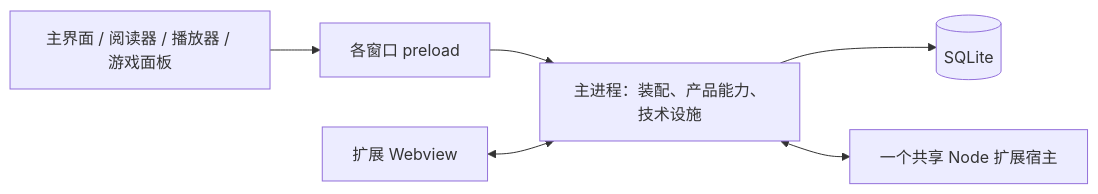
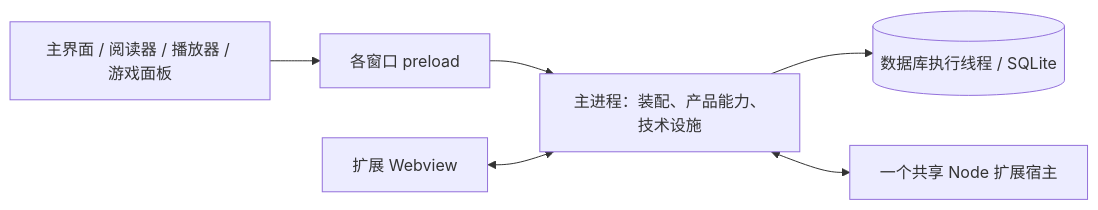
One commit to ximu3/kisaki-dev changed the diagram in refactor/design/architecture.md. Above: the diagram before and after it, drawn with Mermaid. The commit also changed other lines of this file and 940 other files, not shown here.

````diff
--- a/refactor/design/architecture.md
+++ b/refactor/design/architecture.md
@@ -18,14 +18,14 @@
 ```mermaid
 flowchart LR
   UI["主界面 / 阅读器 / 播放器 / 游戏面板"]
   PRE["各窗口 preload"]
   MAIN["主进程：装配、产品能力、技术设施"]
-  DB[("SQLite")]
+  DB[("数据库执行线程 / SQLite")]
   EXT["一个共享 Node 扩展宿主"]
   WEB["扩展 Webview"]
   UI --> PRE
   PRE --> MAIN
   MAIN --> DB
   MAIN <--> EXT
   WEB <--> MAIN
 ```
````
